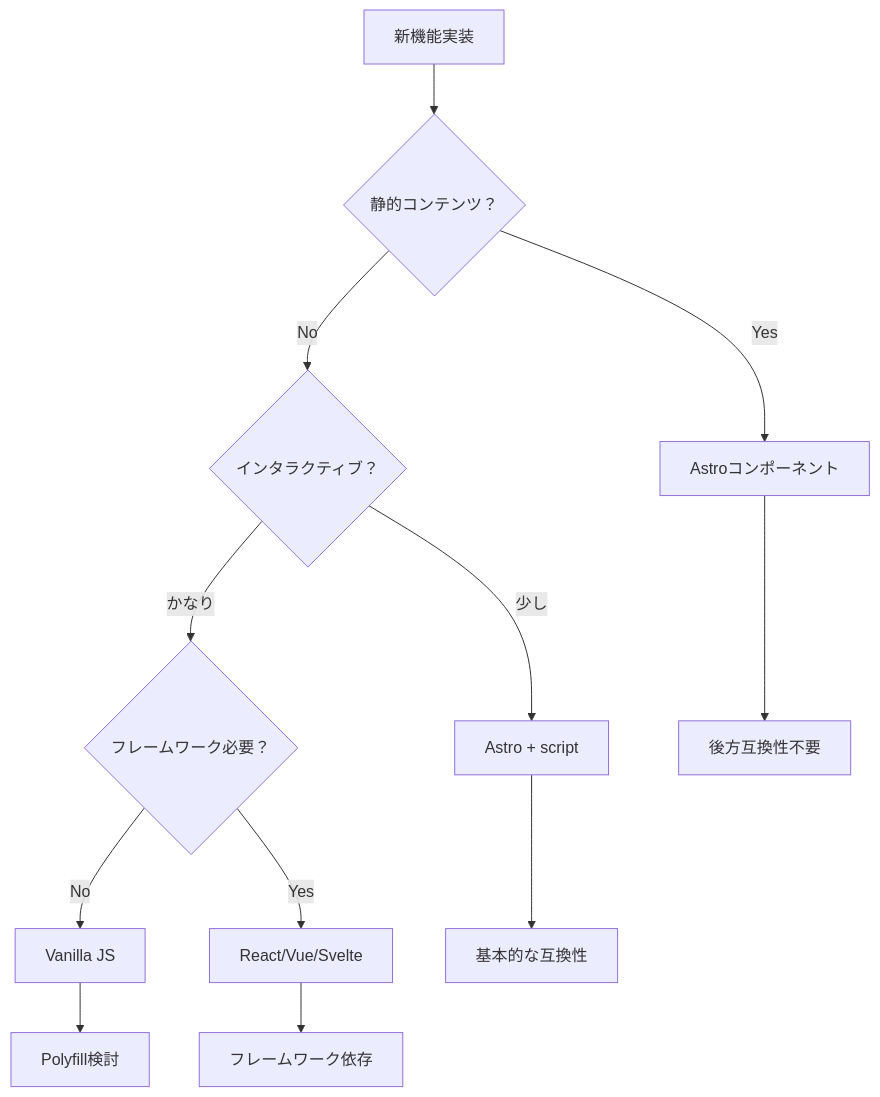
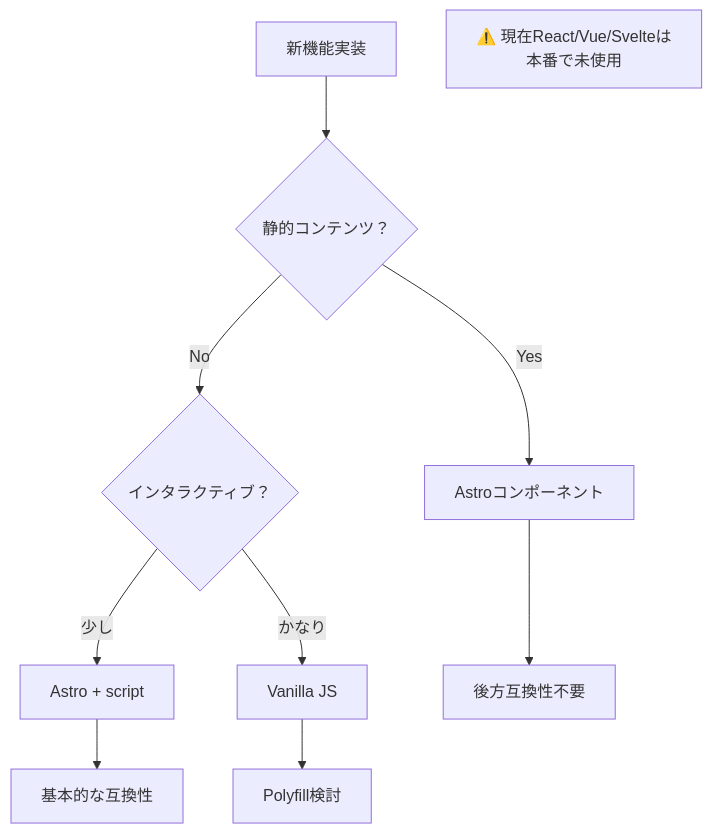
One commit to namdaama/donati changed the diagram in docs/03-technical-specs/Astro実装方針ガイド.md. Above: the diagram before and after it, drawn with Mermaid. The commit also changed other lines of this file and 1 other file, not shown here.

Commit message:
docs: Tier 3 修正 - 技術仕様ドキュメントの現状注記追加
Issue #80 Tier 3 の最終部として以下を修正しました。

## 修正内容

### 1. docs/03-technical-specs/Astro実装方針ガイド.md
- 実装判断フローチャート (Mermaid図) を修正:
  - React/Vue/Svelte の選択肢を削除（本番環境で未使用）
  - Vanilla JS への直接分岐に変更
- 注記を追加:
  - React/Vue/Svelte は本番環境では一切使用していない旨を明記
  - Carousel.astro の noscript フォールバック実装は検討段階の旨を明記

### 2. docs/03-technical-specs/HTML-CSS-TS役割分担ガイド.md
- 動的ルーティング実装例の注記を追加:
  - 現在、動的ルーティングは未使用であることを明記
- Instagram連携の実装状況を明記:
  - 現在は公式ウィジェットを使用
  - RSS連携は experiments/ に実装済みだが本番統合は保留

## 修正の理由
- ドキュメント と実装の整合性を確保
- 開発者に対する誤導を防止
- 実験的実装の進捗状況を明確化

🤖 Generated with [Claude Code](https://claude.com/claude-code)

````diff
--- a/docs/03-technical-specs/Astro実装方針ガイド.md
+++ b/docs/03-technical-specs/Astro実装方針ガイド.md
@@ -59,17 +59,15 @@
 ```mermaid
 graph TD
     A[新機能実装] --> B{静的コンテンツ？}
     B -->|Yes| C[Astroコンポーネント]
     B -->|No| D{インタラクティブ？}
-    
+
     D -->|少し| E[Astro + script]
-    D -->|かなり| F{フレームワーク必要？}
-    
-    F -->|No| G[Vanilla JS]
-    F -->|Yes| H[React/Vue/Svelte]
-    
+    D -->|かなり| F[Vanilla JS]
+
     C --> I[後方互換性不要]
     E --> J[基本的な互換性]
-    G --> K[Polyfill検討]
-    H --> L[フレームワーク依存]
+    F --> K[Polyfill検討]
+
+    Note[⚠️ 現在React/Vue/Svelteは<br/>本番で未使用]
 ```
````
